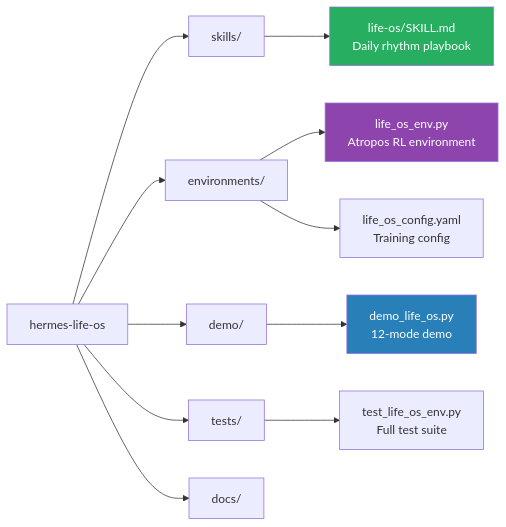
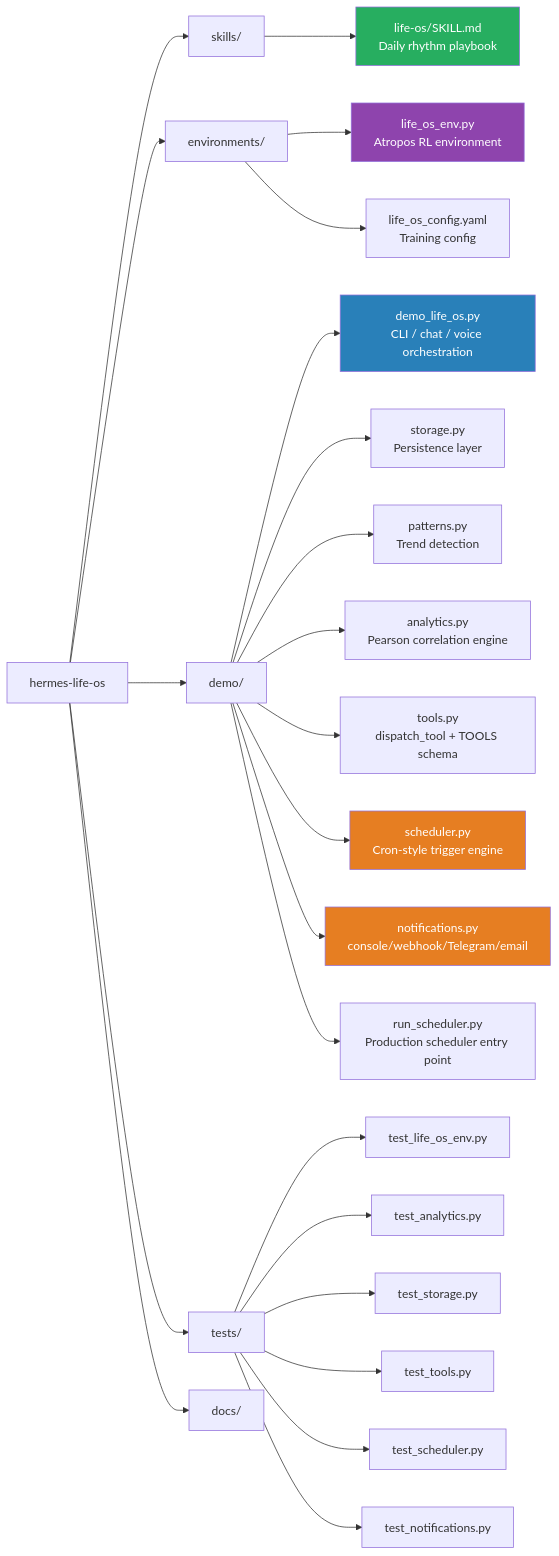
One commit to Lethe044/hermes-life-os changed the third of 3 diagrams in README.md. Above: the diagram before and after it, drawn with Mermaid. The commit also changed other lines of this file and 11 other files, not shown here.

First line of the commit message:
feat: modular architecture, cron scheduler, notifications, 113 tests (v1.5.0)

````diff
--- a/README.md
+++ b/README.md
@@ -144,18 +144,32 @@
 ```mermaid
 graph LR
     A[hermes-life-os] --> B[skills/]
     A --> C[environments/]
     A --> D[demo/]
     A --> E[tests/]
     A --> F[docs/]
 
     B --> B1[life-os/SKILL.md<br/>Daily rhythm playbook]
     C --> C1[life_os_env.py<br/>Atropos RL environment]
     C --> C2[life_os_config.yaml<br/>Training config]
-    D --> D1[demo_life_os.py<br/>12-mode demo]
-    E --> E1[test_life_os_env.py<br/>Full test suite]
+    D --> D1[demo_life_os.py<br/>CLI / chat / voice orchestration]
+    D --> D2[storage.py<br/>Persistence layer]
+    D --> D3[patterns.py<br/>Trend detection]
+    D --> D4[analytics.py<br/>Pearson correlation engine]
+    D --> D5[tools.py<br/>dispatch_tool + TOOLS schema]
+    D --> D6[scheduler.py<br/>Cron-style trigger engine]
+    D --> D7[notifications.py<br/>console/webhook/Telegram/email]
+    D --> D8[run_scheduler.py<br/>Production scheduler entry point]
+    E --> E1[test_life_os_env.py]
+    E --> E2[test_analytics.py]
+    E --> E3[test_storage.py]
+    E --> E4[test_tools.py]
+    E --> E5[test_scheduler.py]
+    E --> E6[test_notifications.py]
 
     style B1 fill:#27ae60,color:#fff
     style C1 fill:#8e44ad,color:#fff
     style D1 fill:#2980b9,color:#fff
+    style D6 fill:#e67e22,color:#fff
+    style D7 fill:#e67e22,color:#fff
 ```
````
